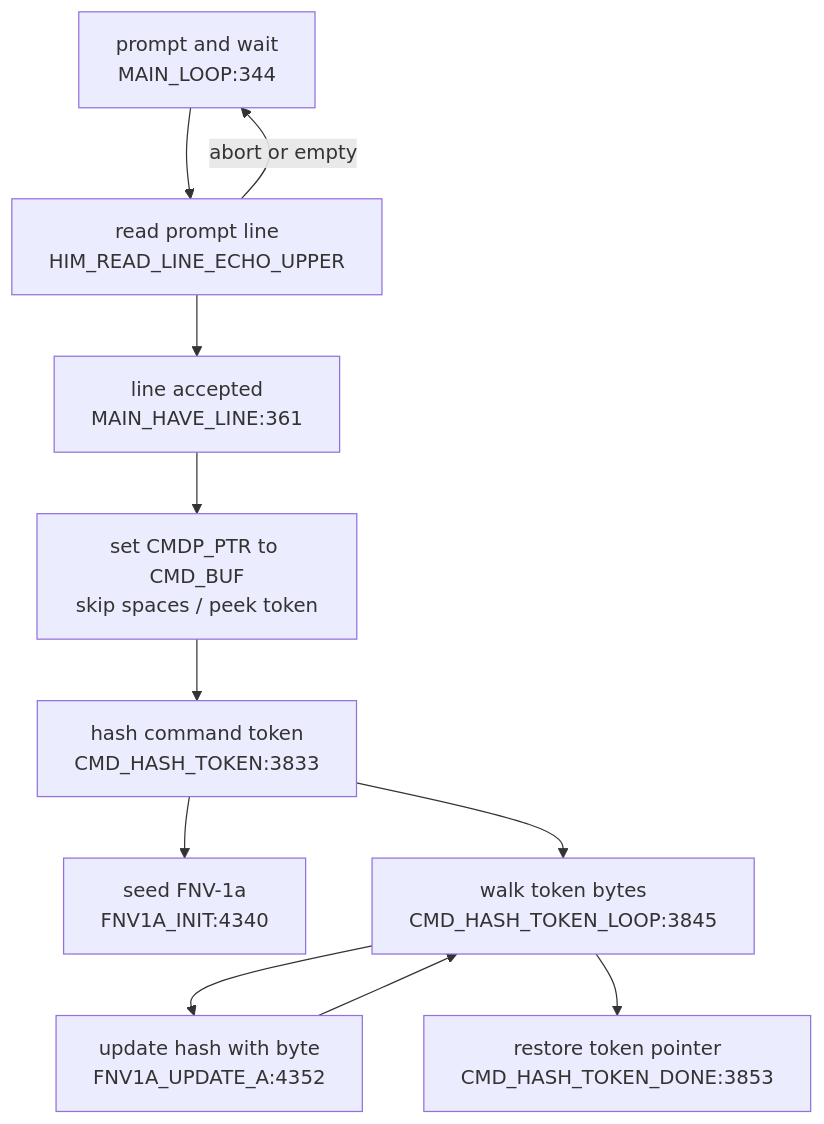
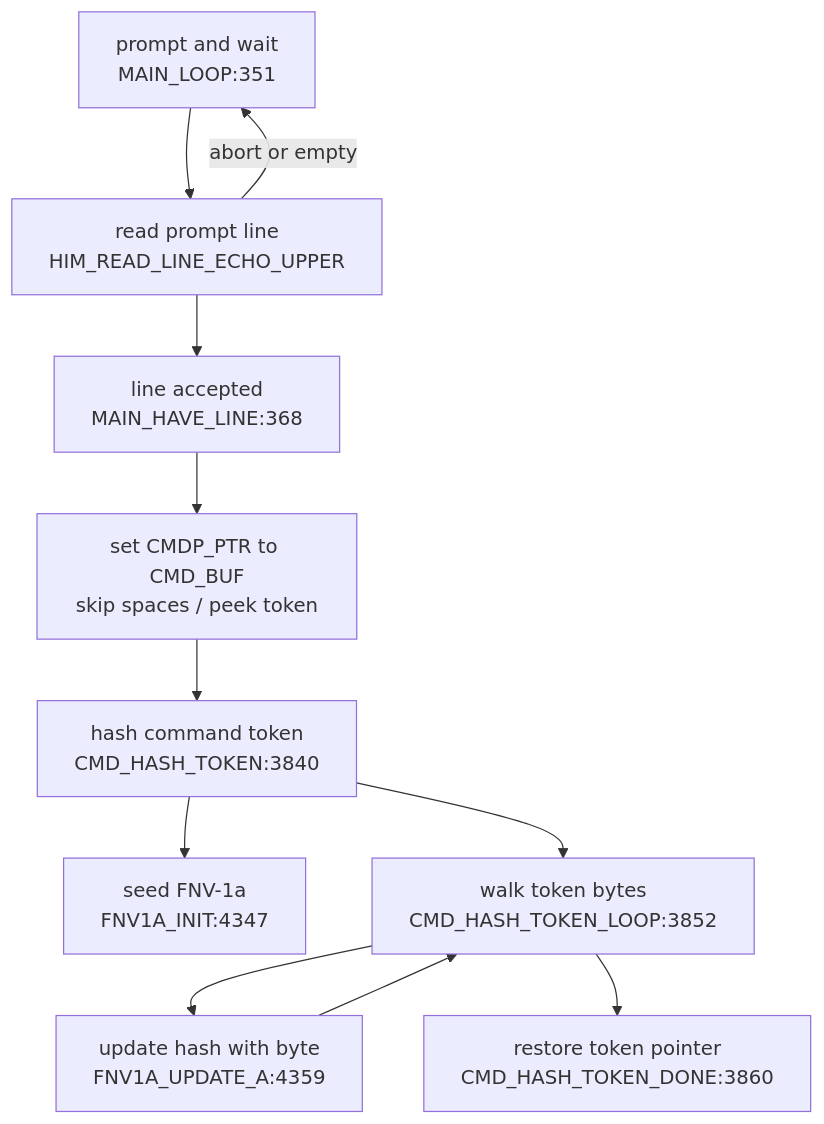
The second of 4 diagrams in DOC/GENERATED/CMD_FLOW_MAP.md (95westus/R-YORS), drawn with Mermaid before and after one commit. The commit also changed other lines of this file and 32 other files, not shown here.

````diff
--- a/DOC/GENERATED/CMD_FLOW_MAP.md
+++ b/DOC/GENERATED/CMD_FLOW_MAP.md
@@ -24,13 +24,13 @@
 ```mermaid
 flowchart TD
-    LOOP["prompt and wait<br/>MAIN_LOOP:344"] --> READ["read prompt line<br/>HIM_READ_LINE_ECHO_UPPER"]
-    READ --> HAVE["line accepted<br/>MAIN_HAVE_LINE:361"]
+    LOOP["prompt and wait<br/>MAIN_LOOP:351"] --> READ["read prompt line<br/>HIM_READ_LINE_ECHO_UPPER"]
+    READ --> HAVE["line accepted<br/>MAIN_HAVE_LINE:368"]
     READ -->|abort or empty| LOOP
     HAVE --> PREP["set CMDP_PTR to CMD_BUF<br/>skip spaces / peek token"]
-    PREP --> HASH["hash command token<br/>CMD_HASH_TOKEN:3833"]
-    HASH --> FNVINIT["seed FNV-1a<br/>FNV1A_INIT:4340"]
-    HASH --> HASHLOOP["walk token bytes<br/>CMD_HASH_TOKEN_LOOP:3845"]
-    HASHLOOP --> UPDATE["update hash with byte<br/>FNV1A_UPDATE_A:4352"]
+    PREP --> HASH["hash command token<br/>CMD_HASH_TOKEN:3840"]
+    HASH --> FNVINIT["seed FNV-1a<br/>FNV1A_INIT:4347"]
+    HASH --> HASHLOOP["walk token bytes<br/>CMD_HASH_TOKEN_LOOP:3852"]
+    HASHLOOP --> UPDATE["update hash with byte<br/>FNV1A_UPDATE_A:4359"]
     UPDATE --> HASHLOOP
-    HASHLOOP --> DONE["restore token pointer<br/>CMD_HASH_TOKEN_DONE:3853"]
+    HASHLOOP --> DONE["restore token pointer<br/>CMD_HASH_TOKEN_DONE:3860"]
 ```
````
